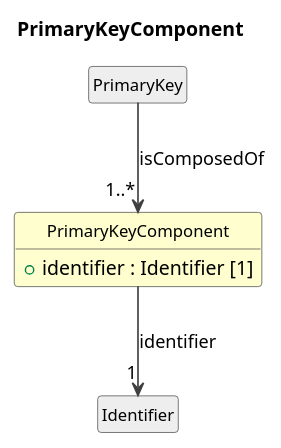
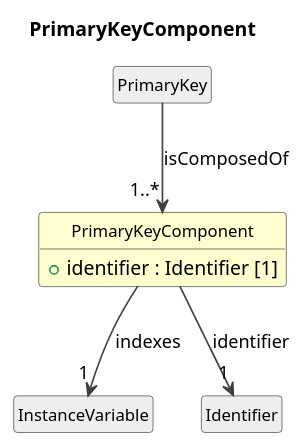
The diagram in cdif-uml-model/CDIFDataDescription/Classes/PrimaryKeyComponent.pu (Cross-Domain-Interoperability-Framework/metadataBuildingBlocks), drawn with PlantUML before and after one commit. The commit also changed 55 other files, not shown here.

```diff
--- a/cdif-uml-model/CDIFDataDescription/Classes/PrimaryKeyComponent.pu
+++ b/cdif-uml-model/CDIFDataDescription/Classes/PrimaryKeyComponent.pu
@@ -1,21 +1,23 @@
 @startuml
 title PrimaryKeyComponent
 hide circle
 hide empty members
 skinparam shadowing false
 skinparam ArrowThickness 1.2
 skinparam class {
   ArrowColor #404040
   BorderColor #404040
   FontSize 12
 }
 
 class "PrimaryKeyComponent" as PrimaryKeyComponent #FEFECE {
   +identifier : Identifier [1]
 }
 class "PrimaryKey" as PrimaryKey #EEEEEE
 PrimaryKey --> "1..*" PrimaryKeyComponent : isComposedOf
+class "InstanceVariable" as InstanceVariable #EEEEEE
+PrimaryKeyComponent --> "1" InstanceVariable : indexes
 class "Identifier" as Identifier #EEEEEE
 PrimaryKeyComponent --> "1" Identifier : identifier
 
 @enduml
```
